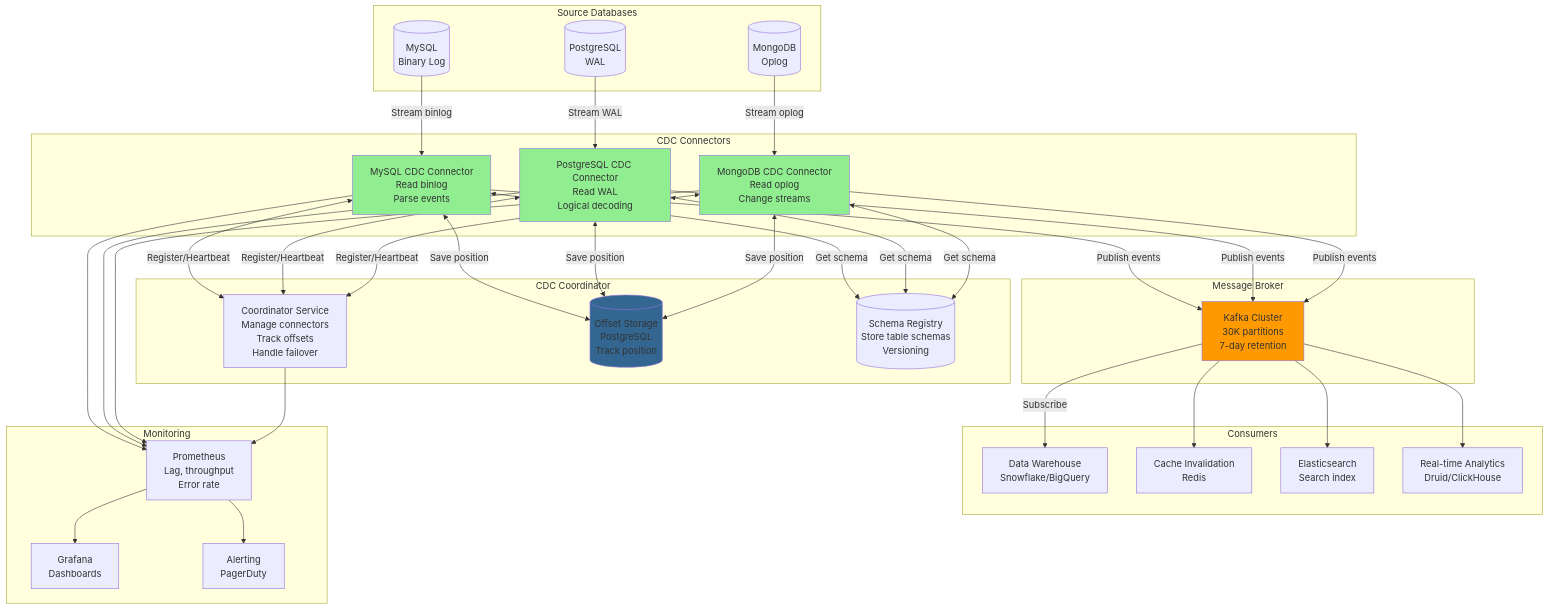
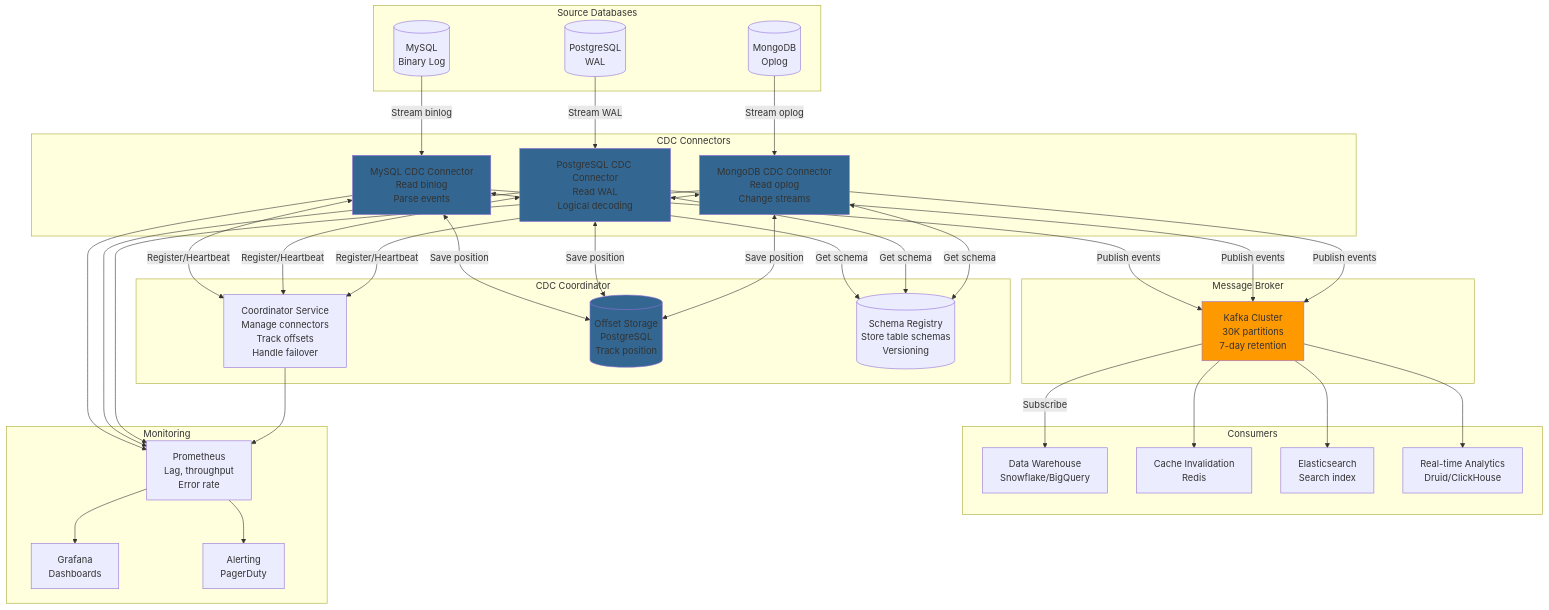
Before and after one commit to atulRanaa/problem-solving: the diagram in Distributed Systems/System Design/Change Data Capture (CDC) System.md, drawn with Mermaid. The commit also changed 22 other files, not shown here.

````diff
--- a/Distributed Systems/System Design/Change Data Capture (CDC) System.md
+++ b/Distributed Systems/System Design/Change Data Capture (CDC) System.md
@@ -383,65 +383,65 @@
 ```mermaid
 graph TB
     subgraph "Source Databases"
         MYSQL[(MySQL<br/>Binary Log)]
         POSTGRES[(PostgreSQL<br/>WAL)]
         MONGO[(MongoDB<br/>Oplog)]
     end
     
     subgraph "CDC Connectors"
         CONN1[MySQL CDC Connector<br/>Read binlog<br/>Parse events]
         CONN2[PostgreSQL CDC Connector<br/>Read WAL<br/>Logical decoding]
         CONN3[MongoDB CDC Connector<br/>Read oplog<br/>Change streams]
     end
     
     subgraph "CDC Coordinator"
         COORD[Coordinator Service<br/>Manage connectors<br/>Track offsets<br/>Handle failover]
         
         OFFSET[(Offset Storage<br/>PostgreSQL<br/>Track position)]
         
         SCHEMA[(Schema Registry<br/>Store table schemas<br/>Versioning)]
     end
     
     subgraph "Message Broker"
         KAFKA[Kafka Cluster<br/>30K partitions<br/>7-day retention]
     end
     
     subgraph "Consumers"
         DW[Data Warehouse<br/>Snowflake/BigQuery]
         CACHE[Cache Invalidation<br/>Redis]
         ES[Elasticsearch<br/>Search index]
         ANALYTICS[Real-time Analytics<br/>Druid/ClickHouse]
     end
     
     subgraph "Monitoring"
         METRICS[Prometheus<br/>Lag, throughput<br/>Error rate]
         GRAFANA[Grafana<br/>Dashboards]
         ALERT[Alerting<br/>PagerDuty]
     end
     
     MYSQL -->|Stream binlog| CONN1
     POSTGRES -->|Stream WAL| CONN2
     MONGO -->|Stream oplog| CONN3
     
     CONN1 & CONN2 & CONN3 <-->|Register/Heartbeat| COORD
     CONN1 & CONN2 & CONN3 <-->|Save position| OFFSET
     CONN1 & CONN2 & CONN3 <-->|Get schema| SCHEMA
     
     CONN1 & CONN2 & CONN3 -->|Publish events| KAFKA
     
     KAFKA -->|Subscribe| DW
     KAFKA --> CACHE
     KAFKA --> ES
     KAFKA --> ANALYTICS
     
     CONN1 & CONN2 & CONN3 --> METRICS
     COORD --> METRICS
     METRICS --> GRAFANA
     METRICS --> ALERT
     
-    style CONN1 fill:#90EE90
-    style CONN2 fill:#90EE90
-    style CONN3 fill:#90EE90
+    style CONN1 fill:#336791
+    style CONN2 fill:#336791
+    style CONN3 fill:#336791
     style KAFKA fill:#ff9900
     style OFFSET fill:#336791
 ```
````
